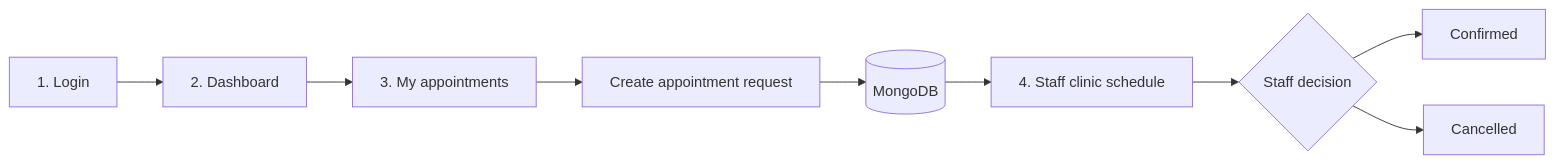
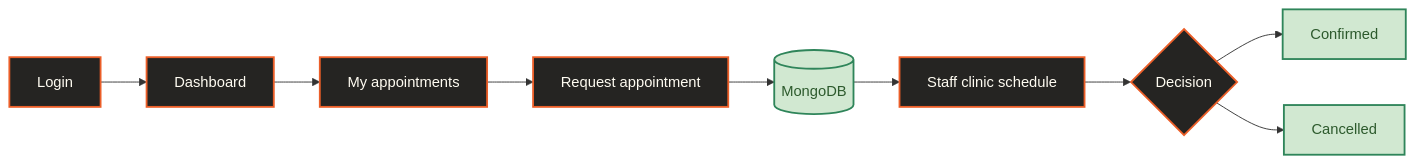
Before and after one commit to simplysaadali/Medi_Track: the first of 2 diagrams in README.md, drawn with Mermaid. The commit also changed other lines of this file, not shown here.

````diff
--- a/README.md
+++ b/README.md
@@ -27,11 +52,15 @@
 ```mermaid
 flowchart LR
-    A[1. Login] --> B[2. Dashboard]
-    B --> C[3. My appointments]
-    C --> D[Create appointment request]
-    D --> E[(MongoDB)]
-    E --> F[4. Staff clinic schedule]
-    F --> G{Staff decision}
-    G --> H[Confirmed]
-    G --> I[Cancelled]
+  A[Login] --> B[Dashboard]
+  B --> C[My appointments]
+  C --> D[Request appointment]
+  D --> E[(MongoDB)]
+  E --> F[Staff clinic schedule]
+  F --> G{Decision}
+  G --> H[Confirmed]
+  G --> I[Cancelled]
+  classDef screen fill:#252422,color:#fffcf2,stroke:#eb5e28,stroke-width:2px;
+  classDef data fill:#d1e8d1,color:#2d5a2d,stroke:#2f855a,stroke-width:2px;
+  class A,B,C,D,F,G screen;
+  class E,H,I data;
 ```
````
